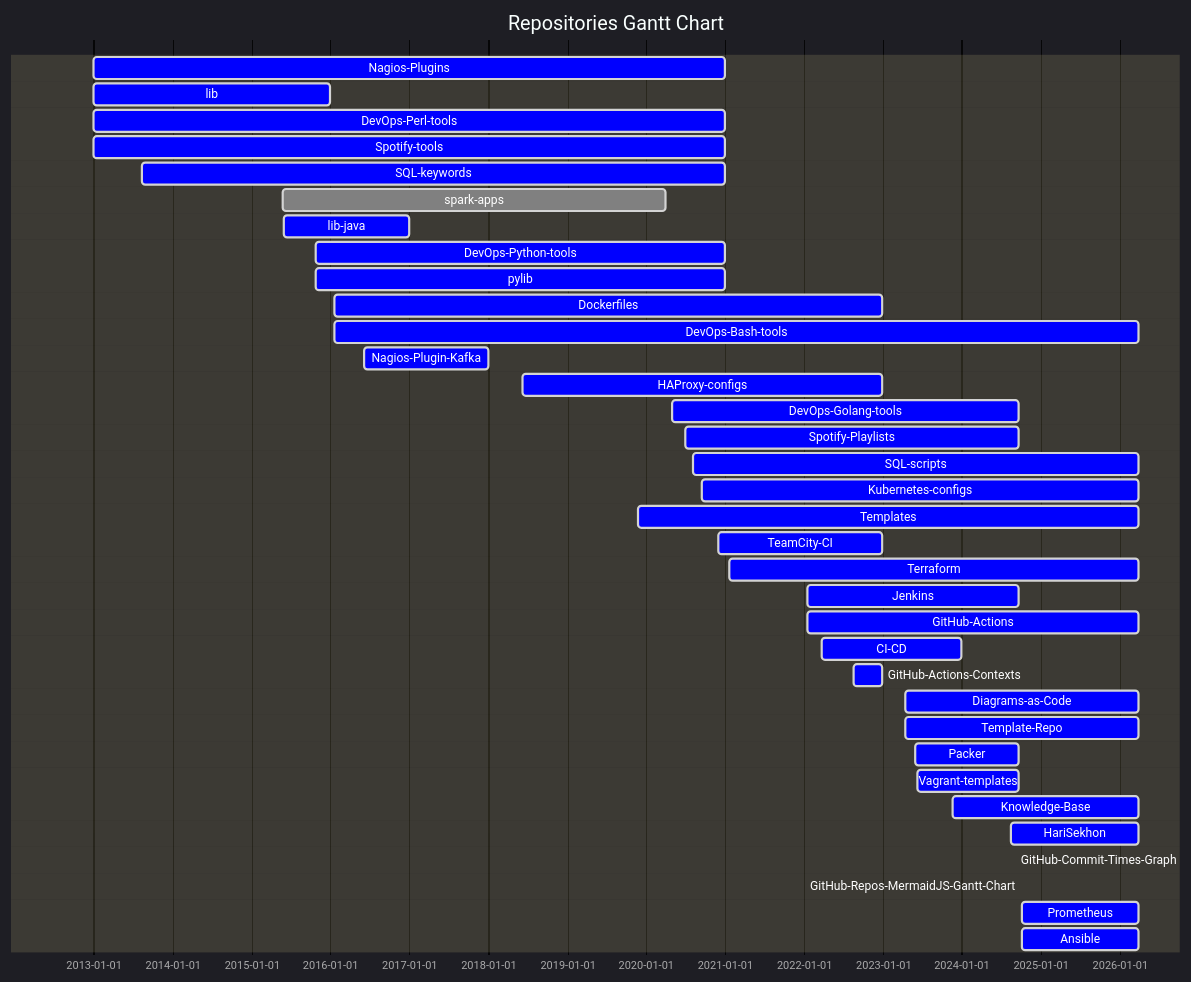
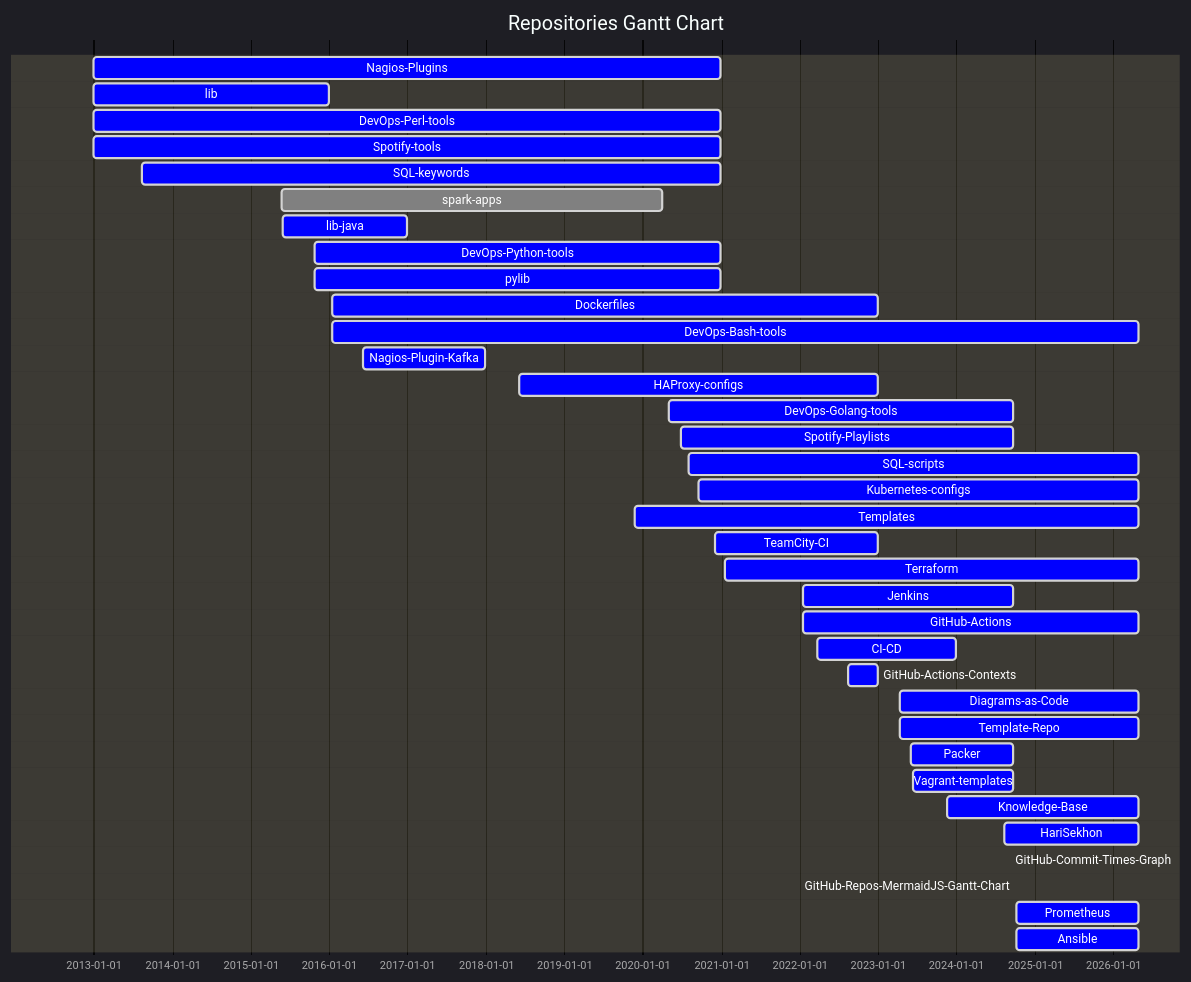
One commit to HariSekhon/HariSekhon changed the first of 2 diagrams in README.md. Above: the diagram before and after it, drawn with Mermaid. The commit also changed other lines of this file, not shown here.

````diff
--- a/README.md
+++ b/README.md
@@ -1286,58 +1286,58 @@
 ```mermaid
 %%{ init: {
         "topAxis": true,
         "logLevel": "debug",
         'theme': 'dark',
         'themeVariables': {
           'activeTaskBkgColor': '#0000ff',
           'activeTaskBorderColor': 'lightgrey',
           'critBorderColor': 'lightgrey',
           'doneTaskBkgColor': 'grey',
           'doneTaskBorderColor': 'lightgrey',
           'taskBkgColor': 'black',
           'taskBorderColor': 'black',
           'taskTextColor': 'white',
           'taskTextDarkColor': 'white',
           'taskTextLightColor': 'black',
           'todayLineColor': 'red'
         }
     }
 }%%
 gantt
     dateFormat  YYYY-MM-DD
     title Repositories Gantt Chart
     Nagios-Plugins : active, 2012-12-30, 2020-12-31
     lib : active, 2012-12-30, 2015-12-31
     DevOps-Perl-tools : active, 2012-12-30, 2020-12-31
     Spotify-tools : active, 2012-12-30, 2020-12-31
     SQL-keywords : active, 2013-08-13, 2020-12-31
     spark-apps : done, 2015-05-25, 2020-04-02
     lib-java : active, 2015-05-31, 2016-12-31
     DevOps-Python-tools : active, 2015-10-27, 2020-12-31
     pylib : active, 2015-10-27, 2020-12-31
     Dockerfiles : active, 2016-01-17, 2022-12-31
-    DevOps-Bash-tools : active, 2016-01-17, 2026-03-30
+    DevOps-Bash-tools : active, 2016-01-17, 2026-04-30
     Nagios-Plugin-Kafka : active, 2016-06-07, 2017-12-31
     HAProxy-configs : active, 2018-06-08, 2022-12-31
     DevOps-Golang-tools : active, 2020-04-30, 2024-09-22
     Spotify-Playlists : active, 2020-06-29, 2024-09-22
-    SQL-scripts : active, 2020-08-05, 2026-03-30
-    Kubernetes-configs : active, 2020-09-16, 2026-03-30
-    Templates : active, 2019-11-25, 2026-03-30
+    SQL-scripts : active, 2020-08-05, 2026-04-30
+    Kubernetes-configs : active, 2020-09-16, 2026-04-30
+    Templates : active, 2019-11-25, 2026-04-30
     TeamCity-CI : active, 2020-12-03, 2022-12-31
-    Terraform : active, 2021-01-18, 2026-03-30
+    Terraform : active, 2021-01-18, 2026-04-30
     Jenkins : active, 2022-01-17, 2024-09-23
-    GitHub-Actions : active, 2022-01-17, 2026-03-30
+    GitHub-Actions : active, 2022-01-17, 2026-04-30
     CI-CD : active, 2022-03-25, 2023-12-31
     GitHub-Actions-Contexts : active, 2022-08-17, 2022-12-31
-    Diagrams-as-Code : active, 2023-04-14, 2026-03-30
-    Template-Repo : active, 2023-04-15, 2026-03-30
+    Diagrams-as-Code : active, 2023-04-14, 2026-04-30
+    Template-Repo : active, 2023-04-15, 2026-04-30
     Packer : active, 2023-06-02, 2024-09-21
     Vagrant-templates : active, 2023-06-12, 2024-09-21
-    Knowledge-Base : active, 2023-11-22, 2026-03-30
-    HariSekhon : active, 2024-08-14, 2026-03-30
+    Knowledge-Base : active, 2023-11-22, 2026-04-30
+    HariSekhon : active, 2024-08-14, 2026-04-30
     GitHub-Commit-Times-Graph : active, 2024-09-07, 2024-09-08
     GitHub-Repos-MermaidJS-Gantt-Chart : active, 2024-10-02, 2024-10-03
-    Prometheus : active, 2024-10-08, 2026-03-30
-    Ansible : active, 2024-10-08, 2026-03-30
+    Prometheus : active, 2024-10-08, 2026-04-30
+    Ansible : active, 2024-10-08, 2026-04-30
 ```
````
